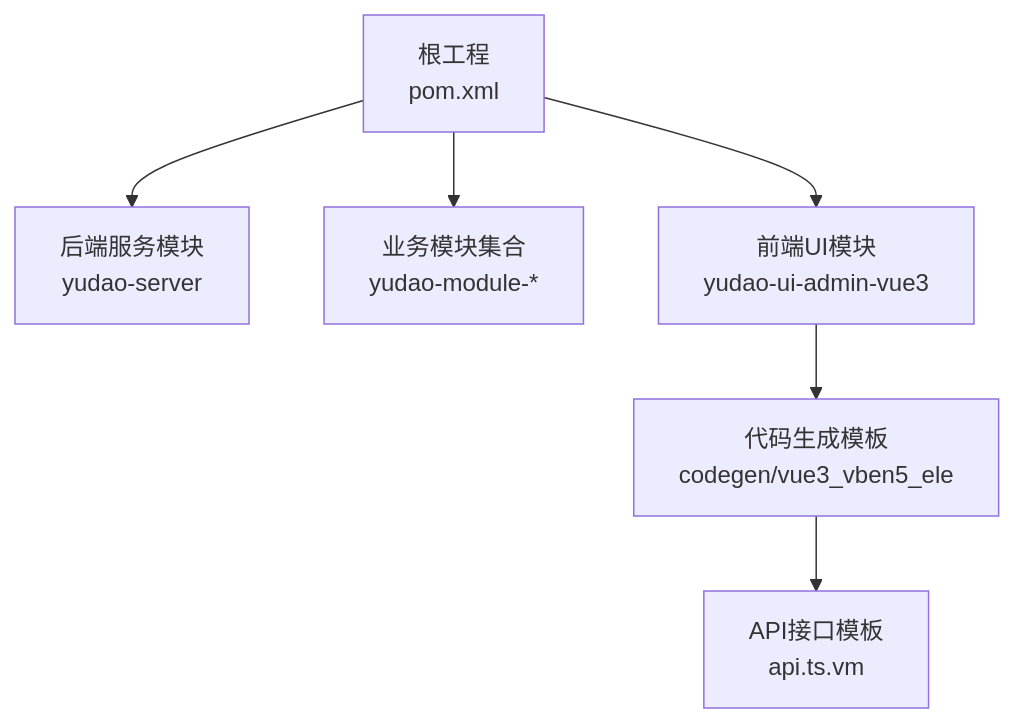
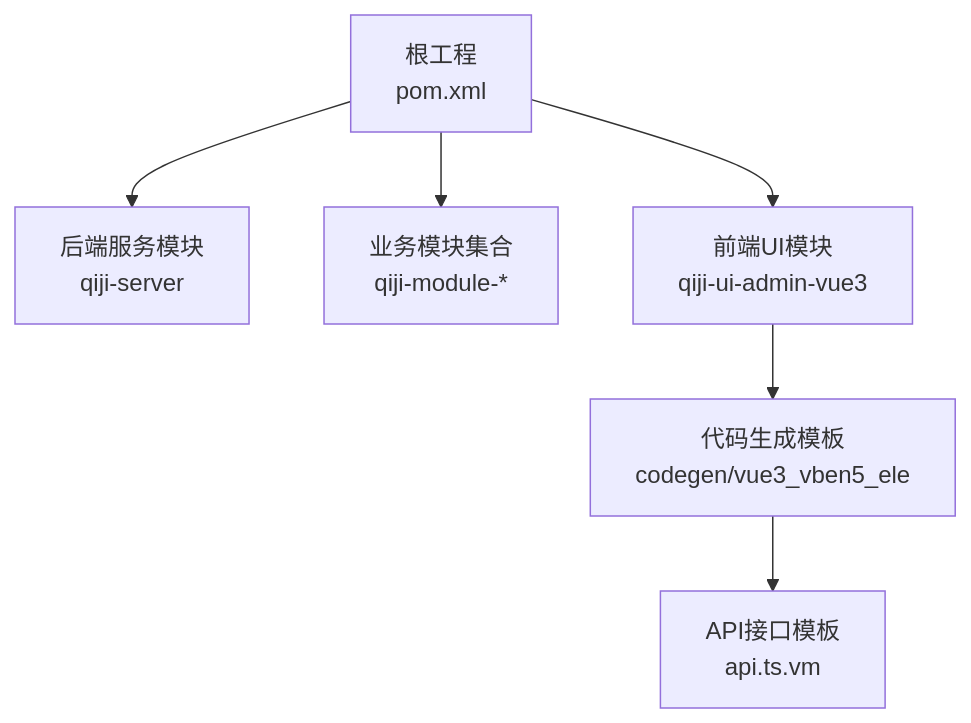
The first of 5 diagrams in backend/.qoder/repowiki/zh/content/前端架构设计/Vue3前端技术栈.md (zhuangpengLI/AgenticCPS), drawn with Mermaid before and after one commit. The commit also changed other lines of this file and 3489 other files, not shown here.

````diff
--- a/backend/.qoder/repowiki/zh/content/前端架构设计/Vue3前端技术栈.md
+++ b/backend/.qoder/repowiki/zh/content/前端架构设计/Vue3前端技术栈.md
@@ -29,8 +29,8 @@
 ```mermaid
 graph TB
-Root["根工程<br/>pom.xml"] --> Server["后端服务模块<br/>yudao-server"]
-Root --> Modules["业务模块集合<br/>yudao-module-*"]
-Root --> UI["前端UI模块<br/>yudao-ui-admin-vue3"]
+Root["根工程<br/>pom.xml"] --> Server["后端服务模块<br/>qiji-server"]
+Root --> Modules["业务模块集合<br/>qiji-module-*"]
+Root --> UI["前端UI模块<br/>qiji-ui-admin-vue3"]
 UI --> Templates["代码生成模板<br/>codegen/vue3_vben5_ele"]
 Templates --> API["API接口模板<br/>api.ts.vm"]
 ```
````
